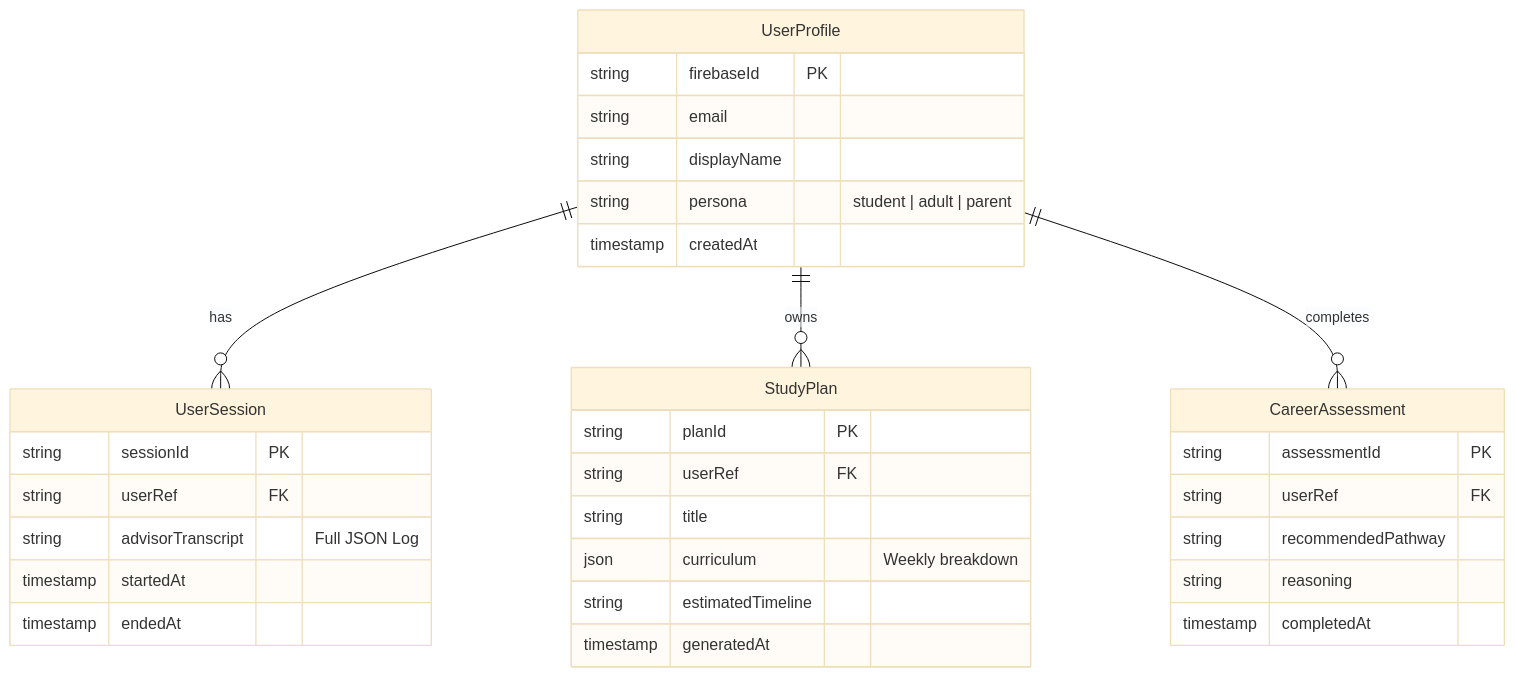
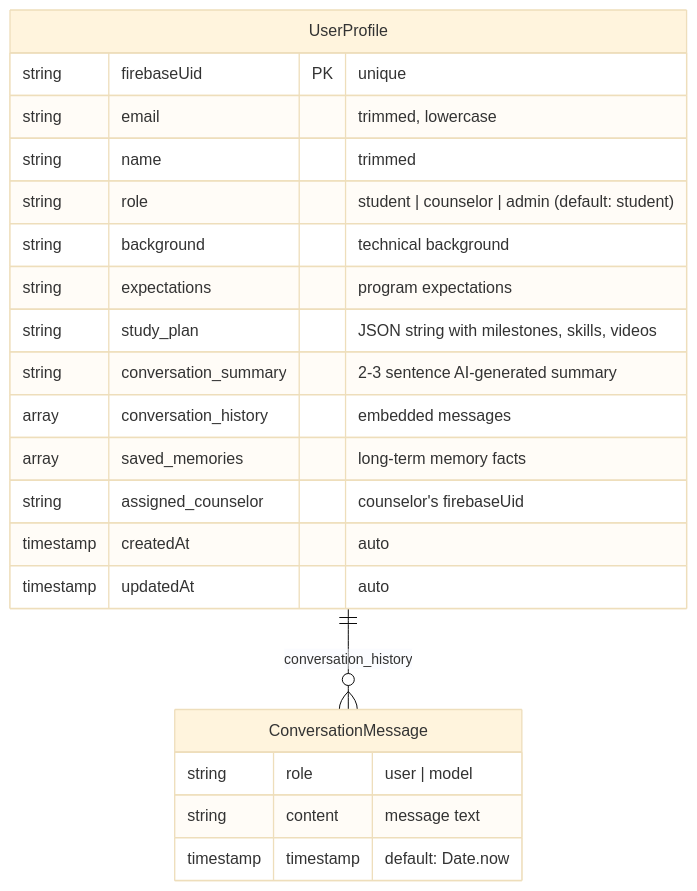
One commit to sankethrajpatil/TechIndiana changed the diagram in docs/databaseSchema.md. Above: the diagram before and after it, drawn with Mermaid (base theme). The commit also changed other lines of this file and 3 other files, not shown here.

````diff
--- a/docs/databaseSchema.md
+++ b/docs/databaseSchema.md
@@ -7,39 +7,26 @@
 ```mermaid
 erDiagram
-    UserProfile ||--o{ UserSession : has
-    UserProfile ||--o{ StudyPlan : owns
-    UserProfile ||--o{ CareerAssessment : completes
-    
     UserProfile {
-        string firebaseId PK
-        string email
-        string displayName
-        string persona "student | adult | parent"
-        timestamp createdAt
+        string firebaseUid PK "unique"
+        string email "trimmed, lowercase"
+        string name "trimmed"
+        string role "student | counselor | admin (default: student)"
+        string background "technical background"
+        string expectations "program expectations"
+        string study_plan "JSON string with milestones, skills, videos"
+        string conversation_summary "2-3 sentence AI-generated summary"
+        array conversation_history "embedded messages"
+        array saved_memories "long-term memory facts"
+        string assigned_counselor "counselor's firebaseUid"
+        timestamp createdAt "auto"
+        timestamp updatedAt "auto"
     }
-    
-    UserSession {
-        string sessionId PK
-        string userRef FK
-        string advisorTranscript "Full JSON Log"
-        timestamp startedAt
-        timestamp endedAt
+
+    ConversationMessage {
+        string role "user | model"
+        string content "message text"
+        timestamp timestamp "default: Date.now"
     }
-    
-    StudyPlan {
-        string planId PK
-        string userRef FK
-        string title
-        json curriculum "Weekly breakdown"
-        string estimatedTimeline
-        timestamp generatedAt
-    }
-    
-    CareerAssessment {
-        string assessmentId PK
-        string userRef FK
-        string recommendedPathway
-        string reasoning
-        timestamp completedAt
-    }
+
+    UserProfile ||--o{ ConversationMessage : "conversation_history"
 ```
````
